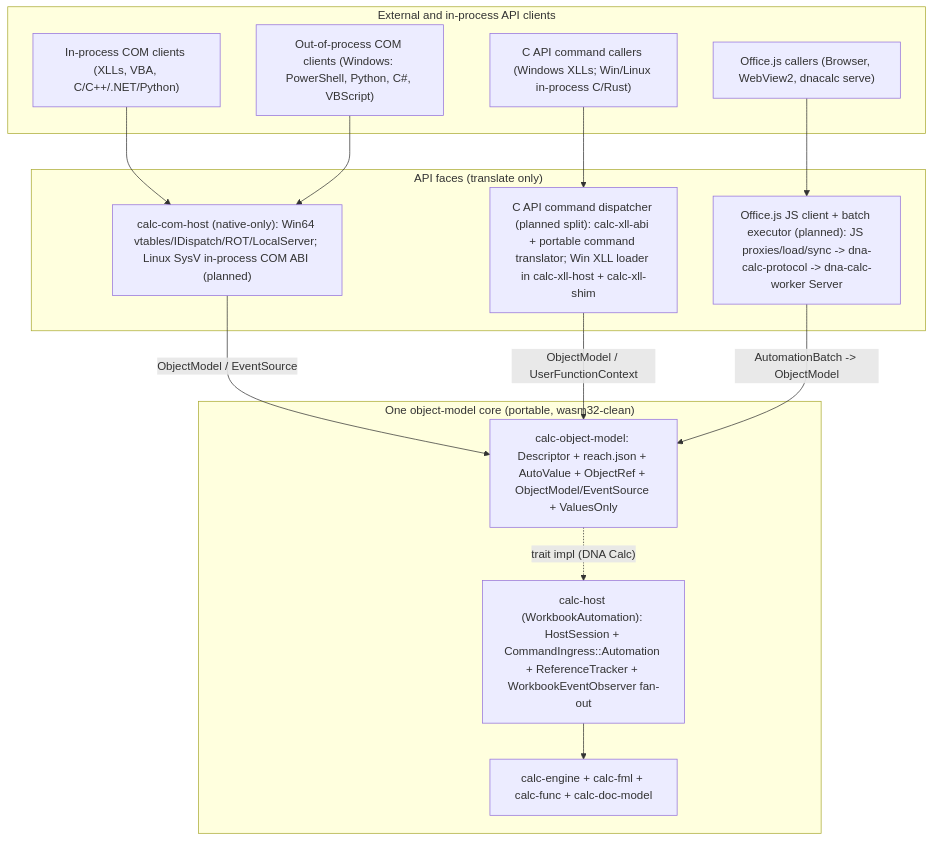
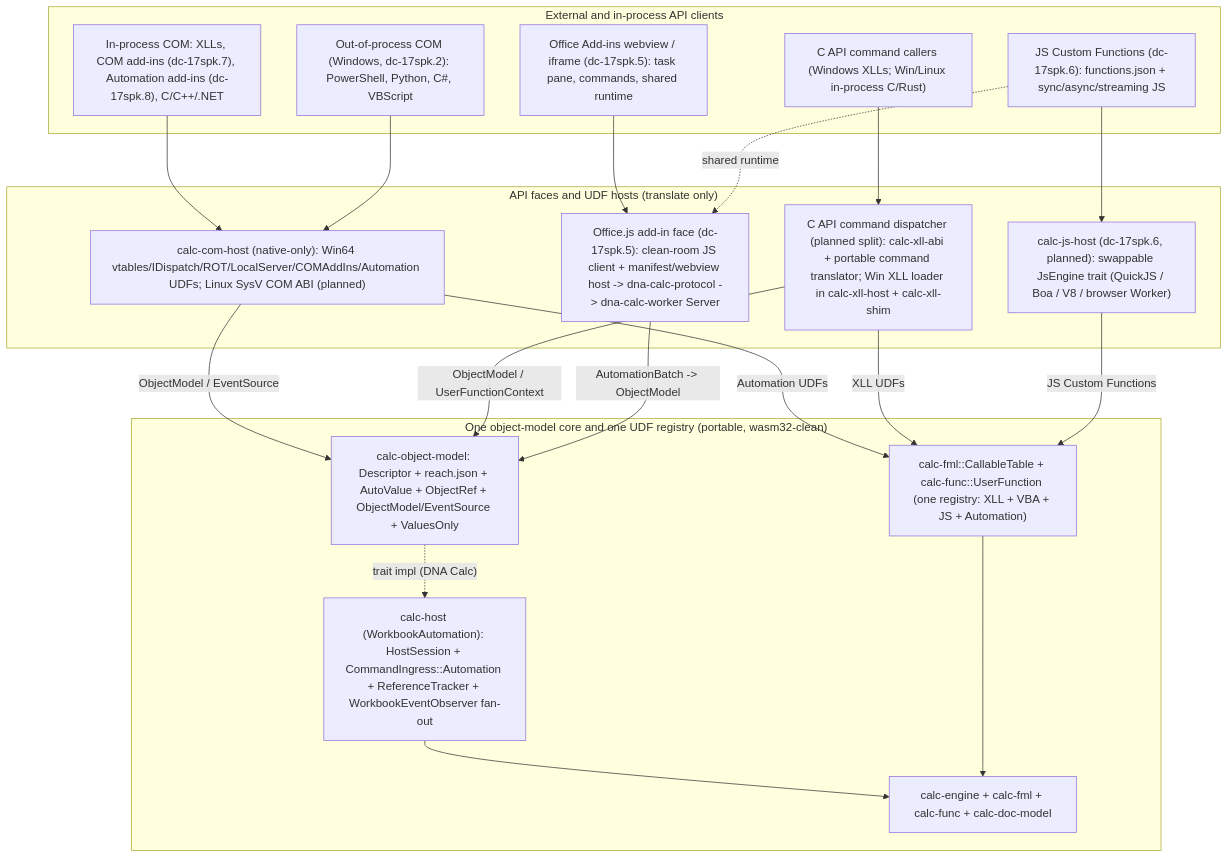
One commit to DnaCalc/DnaCalc changed the first of 2 diagrams in docs/architecture/API_FACES.md. Above: the diagram before and after it, drawn with Mermaid. The commit also changed other lines of this file, not shown here.

First line of the commit message:
dc-17spk.1: cover Office.js add-in/JS-engine faces, COM/Automation add-ins, unified CallableTable, and 4094ef5c2

````diff
--- a/docs/architecture/API_FACES.md
+++ b/docs/architecture/API_FACES.md
@@ -35,32 +38,41 @@
 ```mermaid
 flowchart TD
     subgraph Clients["External and in-process API clients"]
-        COM_IN["In-process COM clients (XLLs, VBA, C/C++/.NET/Python)"]
-        COM_OOP["Out-of-process COM clients (Windows: PowerShell, Python, C#, VBScript)"]
+        COM_IN["In-process COM: XLLs, COM add-ins (dc-17spk.7), Automation add-ins (dc-17spk.8), C/C++/.NET"]
+        COM_OOP["Out-of-process COM (Windows, dc-17spk.2): PowerShell, Python, C#, VBScript"]
         CAPI_CLI["C API command callers (Windows XLLs; Win/Linux in-process C/Rust)"]
-        OJS_CLI["Office.js callers (Browser, WebView2, dnacalc serve)"]
+        OJS_ADDIN["Office Add-ins webview / iframe (dc-17spk.5): task pane, commands, shared runtime"]
+        OJS_CF["JS Custom Functions (dc-17spk.6): functions.json + sync/async/streaming JS"]
     end
 
-    subgraph Faces["API faces (translate only)"]
-        COM_FACE["calc-com-host (native-only): Win64 vtables/IDispatch/ROT/LocalServer; Linux SysV in-process COM ABI (planned)"]
+    subgraph Faces["API faces and UDF hosts (translate only)"]
+        COM_FACE["calc-com-host (native-only): Win64 vtables/IDispatch/ROT/LocalServer/COMAddIns/Automation UDFs; Linux SysV COM ABI (planned)"]
         CAPI_FACE["C API command dispatcher (planned split): calc-xll-abi + portable command translator; Win XLL loader in calc-xll-host + calc-xll-shim"]
-        OJS_FACE["Office.js JS client + batch executor (planned): JS proxies/load/sync -> dna-calc-protocol -> dna-calc-worker Server"]
+        OJS_FACE["Office.js add-in face (dc-17spk.5): clean-room JS client + manifest/webview host -> dna-calc-protocol -> dna-calc-worker Server"]
+        JS_HOST["calc-js-host (dc-17spk.6, planned): swappable JsEngine trait (QuickJS / Boa / V8 / browser Worker)"]
     end
 
-    subgraph Core["One object-model core (portable, wasm32-clean)"]
+    subgraph Core["One object-model core and one UDF registry (portable, wasm32-clean)"]
         OM["calc-object-model: Descriptor + reach.json + AutoValue + ObjectRef + ObjectModel/EventSource + ValuesOnly"]
+        UDF["calc-fml::CallableTable + calc-func::UserFunction (one registry: XLL + VBA + JS + Automation)"]
         HOST["calc-host (WorkbookAutomation): HostSession + CommandIngress::Automation + ReferenceTracker + WorkbookEventObserver fan-out"]
         ENG["calc-engine + calc-fml + calc-func + calc-doc-model"]
     end
 
     COM_IN --> COM_FACE
     COM_OOP --> COM_FACE
     CAPI_CLI --> CAPI_FACE
-    OJS_CLI --> OJS_FACE
+    OJS_ADDIN --> OJS_FACE
+    OJS_CF --> JS_HOST
+    OJS_CF -. "shared runtime" .-> OJS_FACE
 
     COM_FACE -->|"ObjectModel / EventSource"| OM
+    COM_FACE -->|"Automation UDFs"| UDF
     CAPI_FACE -->|"ObjectModel / UserFunctionContext"| OM
+    CAPI_FACE -->|"XLL UDFs"| UDF
     OJS_FACE -->|"AutomationBatch -> ObjectModel"| OM
+    JS_HOST -->|"JS Custom Functions"| UDF
     OM -. "trait impl (DNA Calc)" .-> HOST
     HOST --> ENG
+    UDF --> ENG
 ```
````
